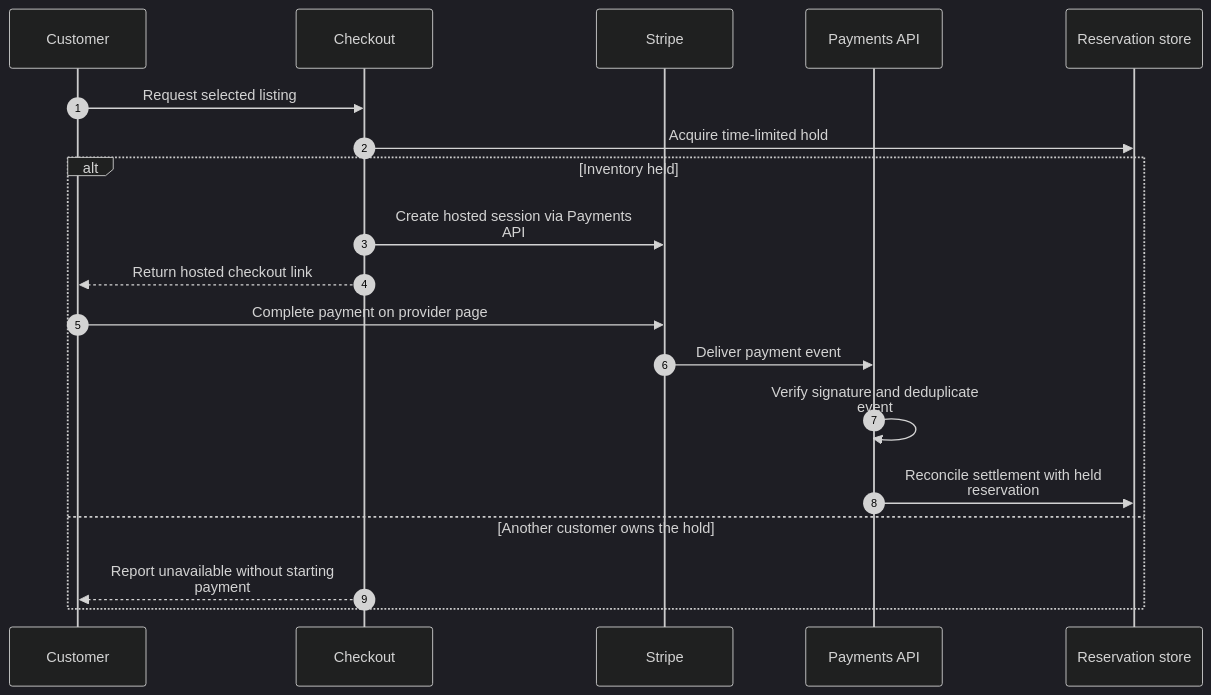
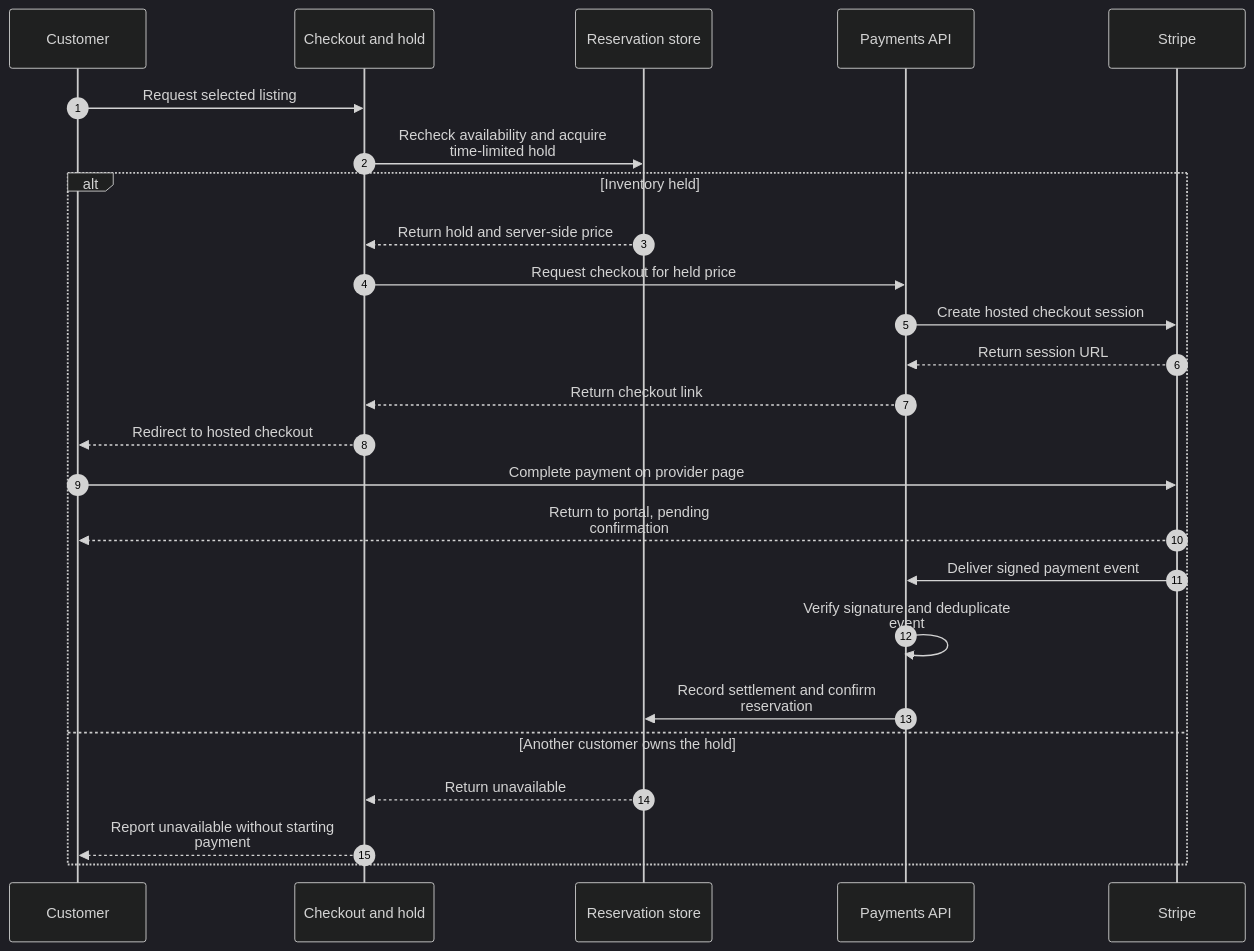
Before and after one commit to abhishek-ai-enabler/copilotstudio-architecture-patterns: the second of 2 diagrams in solution-ideas/rental-search-checkout.md, drawn with Mermaid (dark theme). The commit also changed other lines of this file and 41 other files, not shown here.

First line of the commit message:
Review diagrams: add return paths and fix flow accuracy

````diff
--- a/solution-ideas/rental-search-checkout.md
+++ b/solution-ideas/rental-search-checkout.md
@@ -39,22 +42,28 @@
 ```mermaid
 sequenceDiagram
     accTitle: Rental discovery with a separate reservation and payment path - technical flow
     autonumber
     participant U as Customer
-    participant C as Checkout
+    participant C as Checkout and hold
+    participant D as Reservation store
+    participant P as Payments API
     participant T as Stripe
-    participant P as Payments API
-    participant D as Reservation store
     U->>C: Request selected listing
-    C->>D: Acquire time-limited hold
+    C->>D: Recheck availability and acquire<br/>time-limited hold
     alt Inventory held
-        C->>T: Create hosted session via Payments<br/>API
-        C-->>U: Return hosted checkout link
-        U->>T: Complete payment on provider page
-        T->>P: Deliver payment event
-        P->>P: Verify signature and deduplicate<br/>event
-        P->>D: Reconcile settlement with held<br/>reservation
+      D-->>C: Return hold and server-side price
+      C->>P: Request checkout for held price
+      P->>T: Create hosted checkout session
+      T-->>P: Return session URL
+      P-->>C: Return checkout link
+      C-->>U: Redirect to hosted checkout
+      U->>T: Complete payment on provider page
+      T-->>U: Return to portal, pending<br/>confirmation
+      T->>P: Deliver signed payment event
+      P->>P: Verify signature and deduplicate<br/>event
+      P->>D: Record settlement and confirm<br/>reservation
     else Another customer owns the hold
-        C-->>U: Report unavailable without starting<br/>payment
+      D-->>C: Return unavailable
+      C-->>U: Report unavailable without starting<br/>payment
     end
 ```
````
